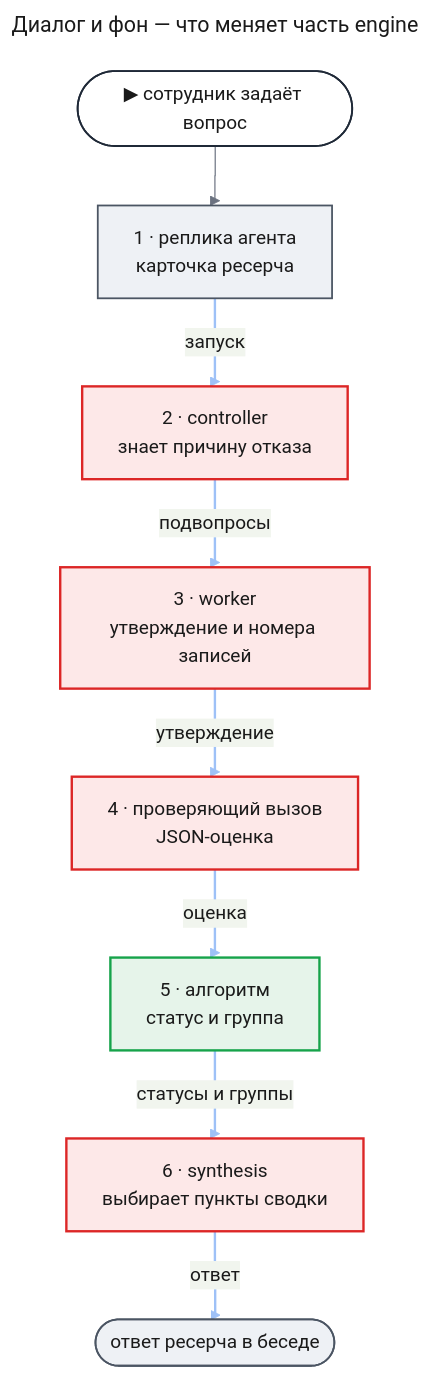
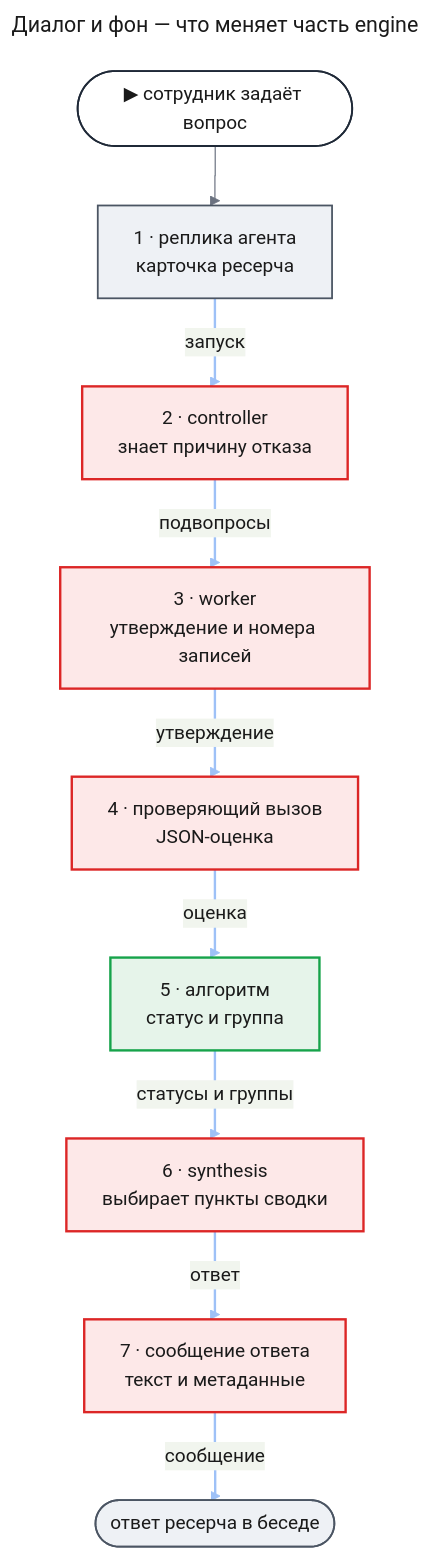
One commit to tundraray/agent-os changed the first of 19 diagrams in docs/features/agent-quality/design-engine.md. Above: the diagram before and after it, drawn with Mermaid. The commit also changed other lines of this file and 3 other files, not shown here.

````diff
--- a/docs/features/agent-quality/design-engine.md
+++ b/docs/features/agent-quality/design-engine.md
@@ -169,53 +173,57 @@
 ```mermaid
 ---
 title: "Диалог и фон — что меняет часть engine"
 config:
   theme: base
   look: classic
   themeVariables:
     primaryColor: "#eef1f5"
     primaryBorderColor: "#4b5563"
     primaryTextColor: "#1a1a1a"
     lineColor: "#6b7280"
   flowchart:
     curve: step
   themeCSS: |
-    @keyframes litr_dlg{0%,15%{stroke:#1d4ed8;stroke-width:6px}16.7%,100%{stroke:#9ec1f7;stroke-width:2px}}
+    @keyframes litr_dlg{0%,12.8%{stroke:#1d4ed8;stroke-width:6px}14.3%,100%{stroke:#9ec1f7;stroke-width:2px}}
 ---
 flowchart TB
     entry(["▶ сотрудник задаёт вопрос"])
     card["1 · реплика агента<br/>карточка ресерча"]
     ctl["2 · controller<br/>знает причину отказа"]
     wrk["3 · worker<br/>утверждение и номера записей"]
     chk["4 · проверяющий вызов<br/>JSON-оценка"]
     alg["5 · алгоритм<br/>статус и группа"]
     syn["6 · synthesis<br/>выбирает пункты сводки"]
+    msg["7 · сообщение ответа<br/>текст и метаданные"]
     ans(["ответ ресерча в беседе"])
     entry --> card
     card e1@-->|"запуск"| ctl
     ctl e2@-->|"подвопросы"| wrk
     wrk e3@-->|"утверждение"| chk
     chk e4@-->|"оценка"| alg
     alg e5@-->|"статусы и группы"| syn
-    syn e6@-->|"ответ"| ans
+    syn e6@-->|"ответ"| msg
+    msg e7@-->|"сообщение"| ans
     classDef entry fill:#ffffff,stroke:#1f2937,stroke-width:1.5px,color:#1a1a1a
     classDef changed fill:#fde8e8,stroke:#dc2626,stroke-width:2px,color:#1a1a1a
     classDef new fill:#e6f4ea,stroke:#16a34a,stroke-width:2px,color:#1a1a1a
     classDef unchanged fill:#eef1f5,stroke:#4b5563,stroke-width:1.5px,color:#1a1a1a
-    classDef r1 stroke:#9ec1f7,stroke-width:2px,animation:litr_dlg 7.2s linear 0s infinite
-    classDef r2 stroke:#9ec1f7,stroke-width:2px,animation:litr_dlg 7.2s linear 1.2s infinite
-    classDef r3 stroke:#9ec1f7,stroke-width:2px,animation:litr_dlg 7.2s linear 2.4s infinite
-    classDef r4 stroke:#9ec1f7,stroke-width:2px,animation:litr_dlg 7.2s linear 3.6s infinite
-    classDef r5 stroke:#9ec1f7,stroke-width:2px,animation:litr_dlg 7.2s linear 4.8s infinite
-    classDef r6 stroke:#9ec1f7,stroke-width:2px,animation:litr_dlg 7.2s linear 6s infinite
+    classDef r1 stroke:#9ec1f7,stroke-width:2px,animation:litr_dlg 8.4s linear 0s infinite
+    classDef r2 stroke:#9ec1f7,stroke-width:2px,animation:litr_dlg 8.4s linear 1.2s infinite
+    classDef r3 stroke:#9ec1f7,stroke-width:2px,animation:litr_dlg 8.4s linear 2.4s infinite
+    classDef r4 stroke:#9ec1f7,stroke-width:2px,animation:litr_dlg 8.4s linear 3.6s infinite
+    classDef r5 stroke:#9ec1f7,stroke-width:2px,animation:litr_dlg 8.4s linear 4.8s infinite
+    classDef r6 stroke:#9ec1f7,stroke-width:2px,animation:litr_dlg 8.4s linear 6s infinite
+    classDef r7 stroke:#9ec1f7,stroke-width:2px,animation:litr_dlg 8.4s linear 7.2s infinite
     class entry entry
-    class ctl,wrk,chk,syn changed
+    class ctl,wrk,chk,syn,msg changed
     class alg new
     class card,ans unchanged
     class e1 r1
     class e2 r2
     class e3 r3
     class e4 r4
     class e5 r5
     class e6 r6
+    class e7 r7
 ```
````
